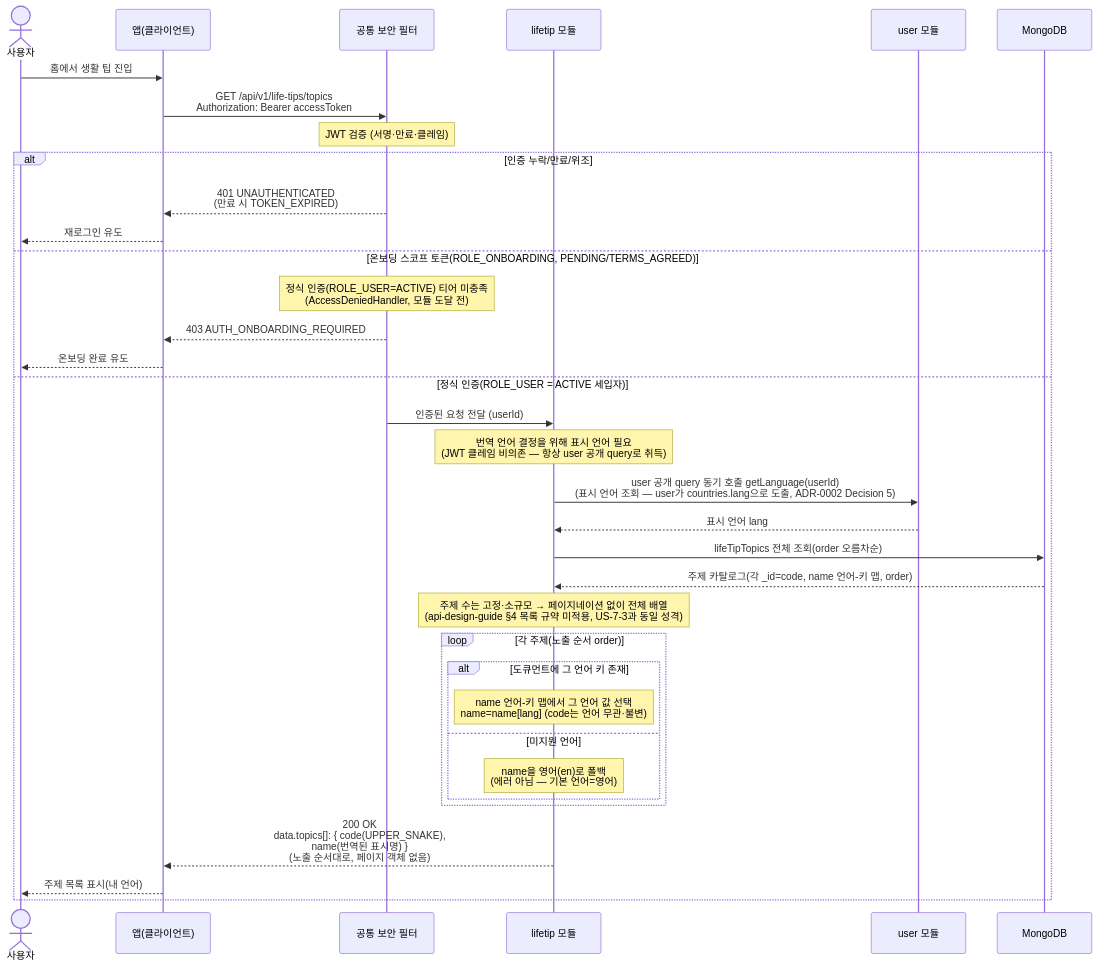
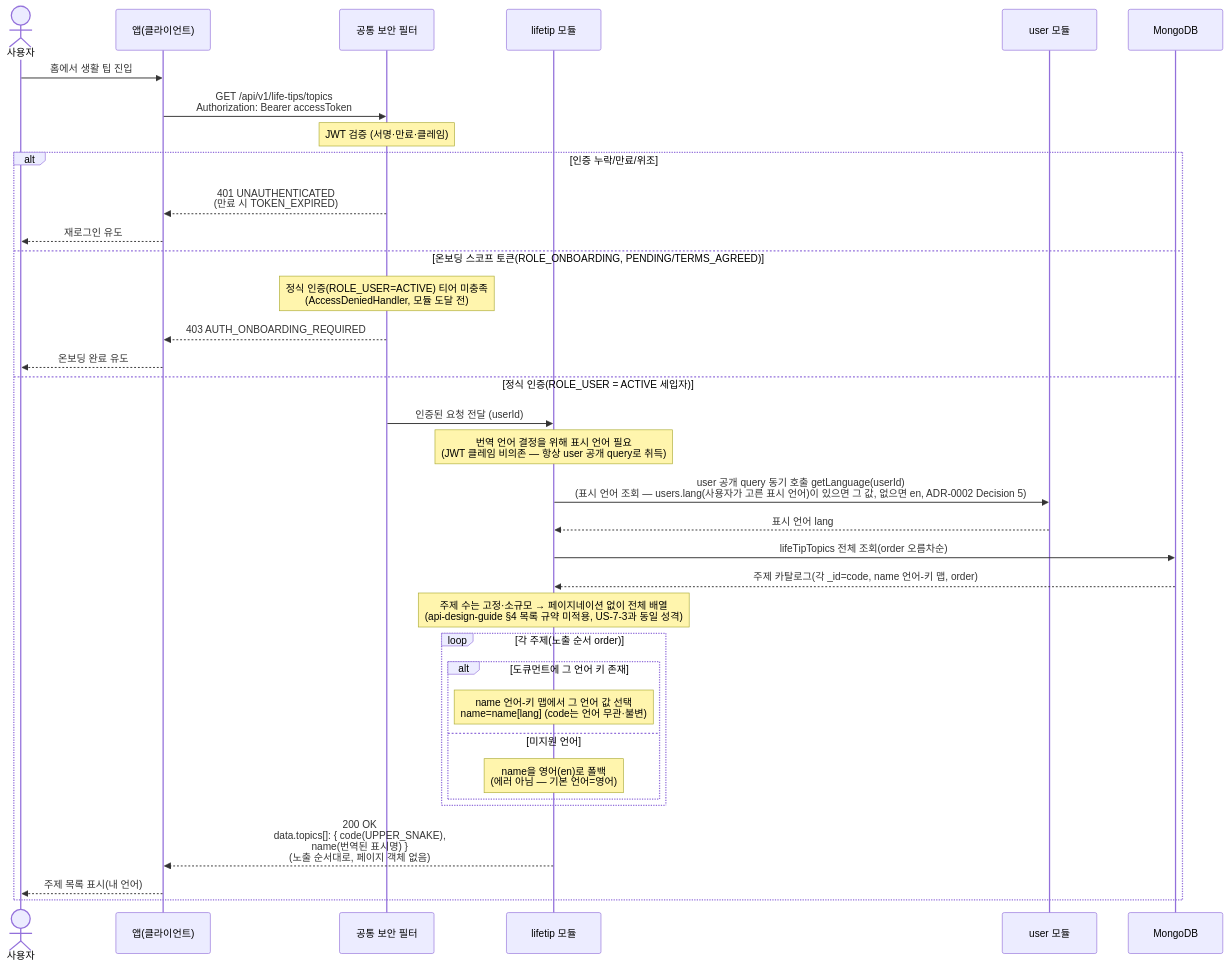
Before and after one commit to jameskim9509/Kohere-backend: the diagram in docs/architecture/sequence-diagrams/08-life-tips/us-8-1-topics.md, drawn with Mermaid. The commit also changed other lines of this file and 27 other files, not shown here.

First line of the commit message:
docs(user): 표시 언어를 사용자 선택(users.lang) 기준으로 개정

````diff
--- a/docs/architecture/sequence-diagrams/08-life-tips/us-8-1-topics.md
+++ b/docs/architecture/sequence-diagrams/08-life-tips/us-8-1-topics.md
@@ -5,39 +5,39 @@
 ```mermaid
 sequenceDiagram
     actor U as 사용자
     participant C as 앱(클라이언트)
     participant SEC as 공통 보안 필터
     participant TIP as lifetip 모듈
     participant USER as user 모듈
     participant DB as MongoDB
 
     U->>C: 홈에서 생활 팁 진입
     C->>SEC: GET /api/v1/life-tips/topics<br/>Authorization: Bearer accessToken
     Note over SEC: JWT 검증 (서명·만료·클레임)
 
     alt 인증 누락/만료/위조
         SEC-->>C: 401 UNAUTHENTICATED<br/>(만료 시 TOKEN_EXPIRED)
         C-->>U: 재로그인 유도
     else 온보딩 스코프 토큰(ROLE_ONBOARDING, PENDING/TERMS_AGREED)
         Note over SEC: 정식 인증(ROLE_USER=ACTIVE) 티어 미충족<br/>(AccessDeniedHandler, 모듈 도달 전)
         SEC-->>C: 403 AUTH_ONBOARDING_REQUIRED
         C-->>U: 온보딩 완료 유도
     else 정식 인증(ROLE_USER = ACTIVE 세입자)
         SEC->>TIP: 인증된 요청 전달 (userId)
         Note over TIP: 번역 언어 결정을 위해 표시 언어 필요<br/>(JWT 클레임 비의존 — 항상 user 공개 query로 취득)
-        TIP->>USER: user 공개 query 동기 호출 getLanguage(userId)<br/>(표시 언어 조회 — user가 countries.lang으로 도출, ADR-0002 Decision 5)
+        TIP->>USER: user 공개 query 동기 호출 getLanguage(userId)<br/>(표시 언어 조회 — users.lang(사용자가 고른 표시 언어)이 있으면 그 값, 없으면 en, ADR-0002 Decision 5)
         USER-->>TIP: 표시 언어 lang
         TIP->>DB: lifeTipTopics 전체 조회(order 오름차순)
         DB-->>TIP: 주제 카탈로그(각 _id=code, name 언어-키 맵, order)
         Note over TIP: 주제 수는 고정·소규모 → 페이지네이션 없이 전체 배열<br/>(api-design-guide §4 목록 규약 미적용, US-7-3과 동일 성격)
         loop 각 주제(노출 순서 order)
             alt 도큐먼트에 그 언어 키 존재
                 Note over TIP: name 언어-키 맵에서 그 언어 값 선택<br/>name=name[lang] (code는 언어 무관·불변)
             else 미지원 언어
                 Note over TIP: name을 영어(en)로 폴백<br/>(에러 아님 — 기본 언어=영어)
             end
         end
         TIP-->>C: 200 OK<br/>data.topics[]: { code(UPPER_SNAKE),<br/>name(번역된 표시명) }<br/>(노출 순서대로, 페이지 객체 없음)
         C-->>U: 주제 목록 표시(내 언어)
     end
 ```
````
